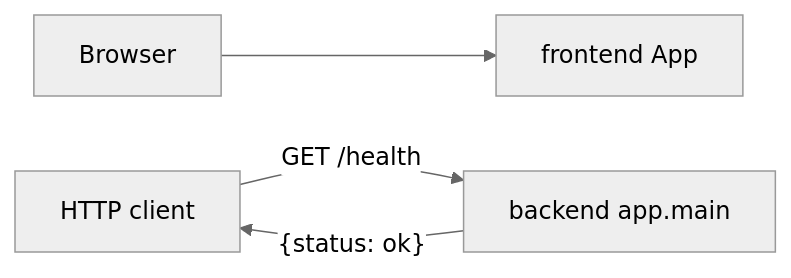
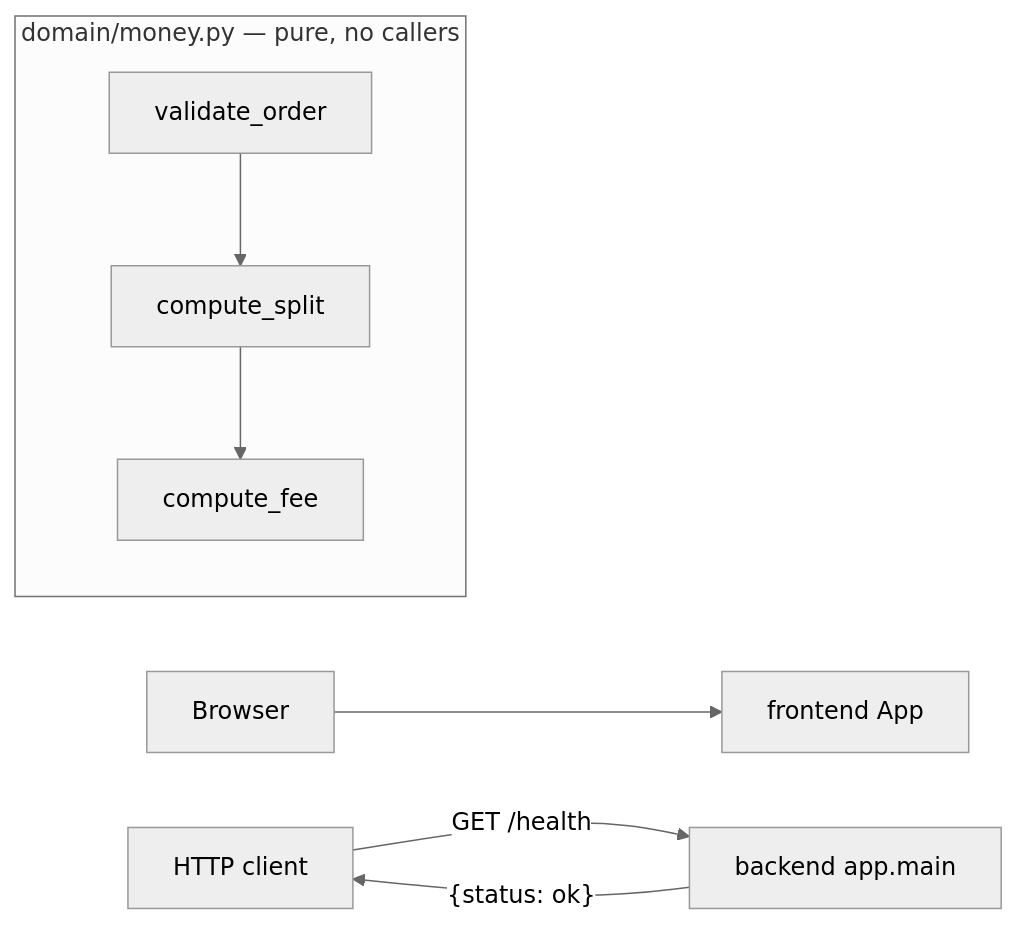
The diagram in docs/diagrams/overview.md (drtclem/cerbo_wk1), drawn with Mermaid (neutral theme) before and after one commit. The commit also changed other lines of this file and 5 other files, not shown here.

````diff
--- a/docs/diagrams/overview.md
+++ b/docs/diagrams/overview.md
@@ -7,6 +7,11 @@
 ```mermaid
 flowchart LR
   browser["Browser"] --> frontendApp["frontend App"]
   httpClient["HTTP client"] -->|"GET /health"| fastapiApp["backend app.main"]
   fastapiApp -->|"{status: ok}"| httpClient
+
+  subgraph moneyMod ["domain/money.py — pure, no callers"]
+    validateOrder["validate_order"] --> computeSplit["compute_split"]
+    computeSplit --> computeFee["compute_fee"]
+  end
 ```
````
